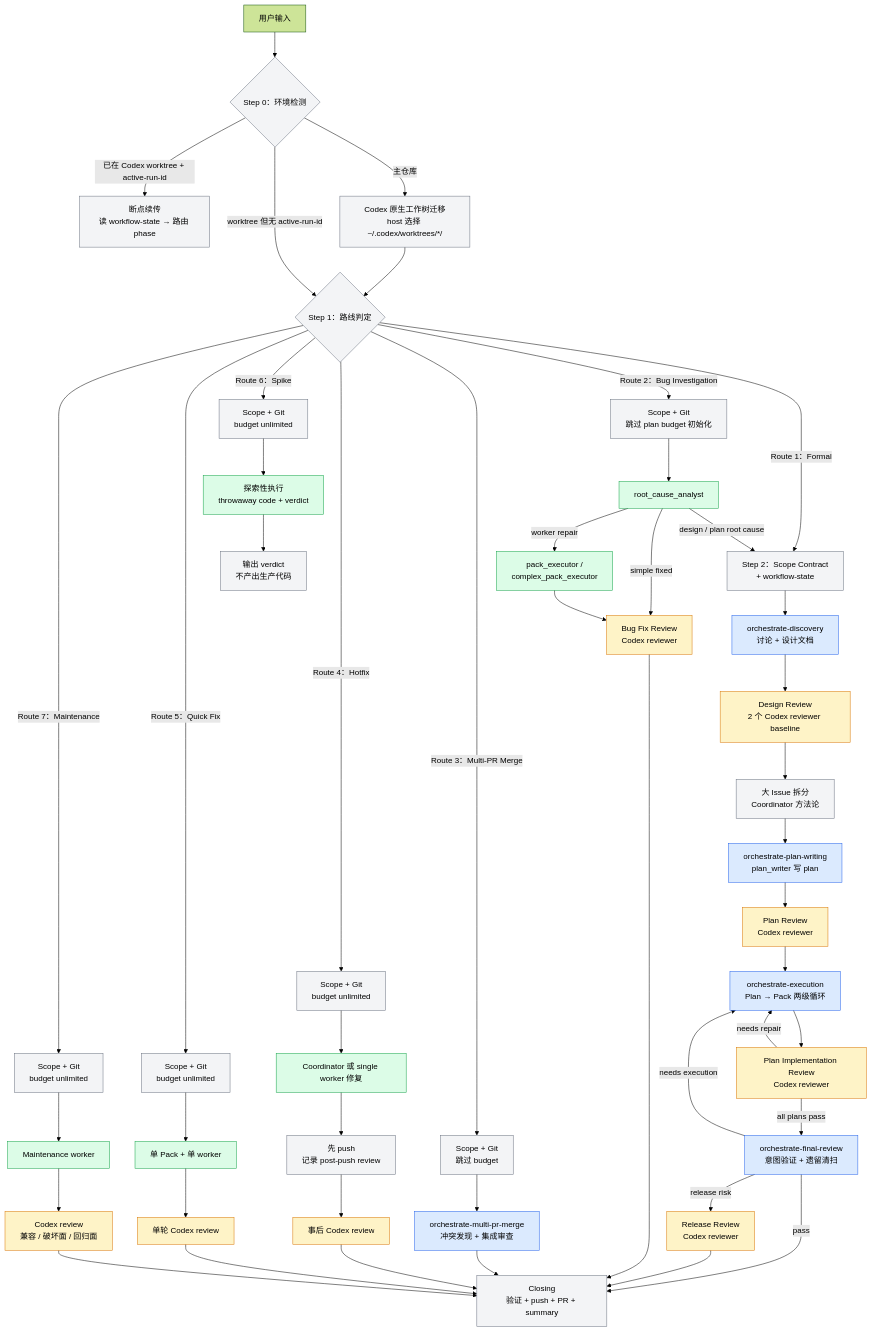
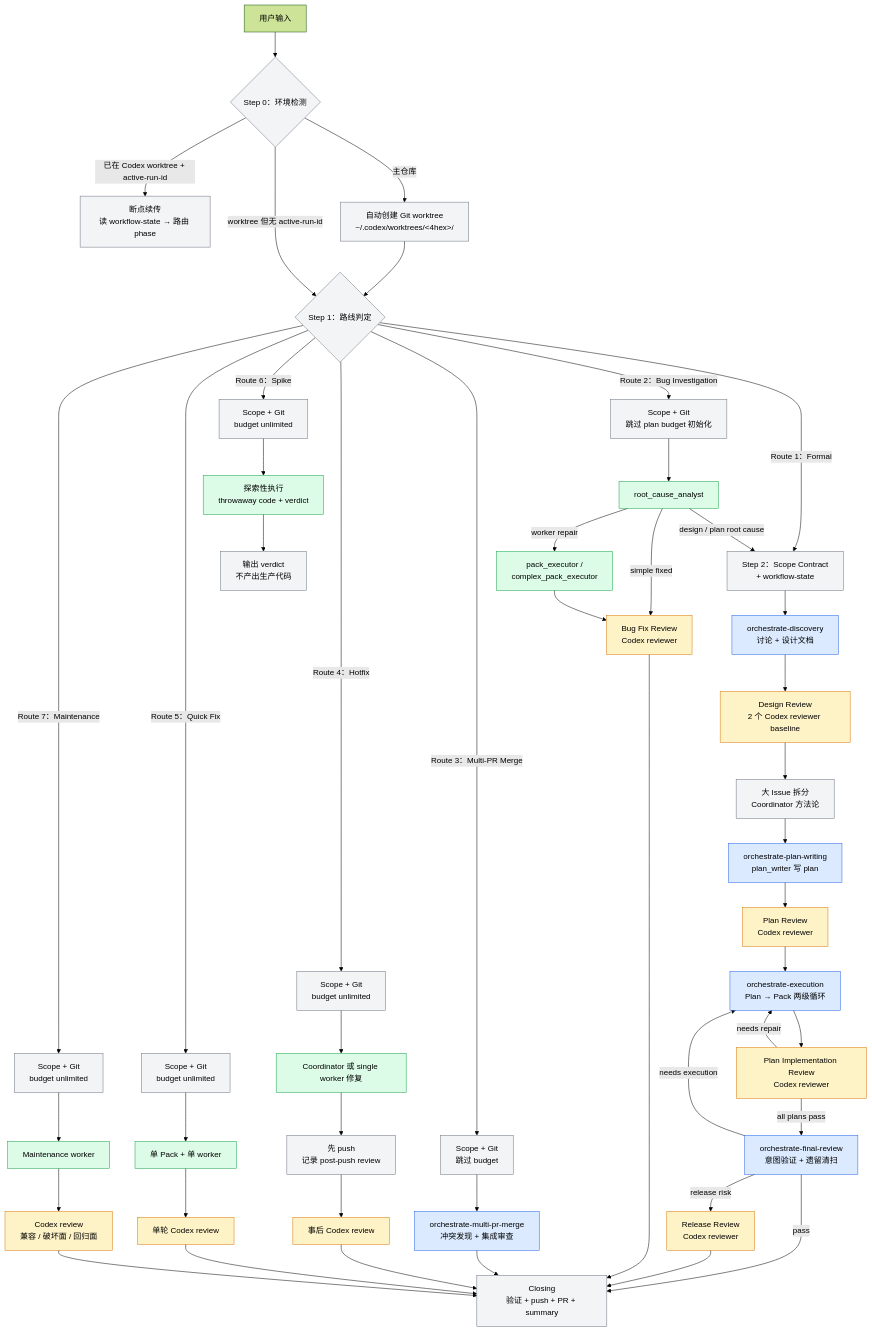
Before and after one commit to chancheuklap/multi-model-workflow: the first of 4 diagrams in codex-orchestrate/architecture-draft.md, drawn with Mermaid (forest theme). The commit also changed other lines of this file and 5 other files, not shown here.

Commit message:
fix(codex): make orchestrate worktree creation executable

````diff
--- a/codex-orchestrate/architecture-draft.md
+++ b/codex-orchestrate/architecture-draft.md
@@ -28,62 +28,62 @@
 ```mermaid
 flowchart TD
     classDef skill fill:#dbeafe,stroke:#2563eb
     classDef agent fill:#dcfce7,stroke:#16a34a
     classDef review fill:#fef3c7,stroke:#d97706
     classDef extSkill fill:#f3e8ff,stroke:#9333ea
     classDef coord fill:#f3f4f6,stroke:#6b7280
     classDef broken fill:#fee2e2,stroke:#dc2626,stroke-dasharray: 5 5
 
     A["用户输入"] --> ENV{"Step 0：环境检测"}:::coord
     ENV -->|"已在 Codex worktree + active-run-id"| RESUME["断点续传\n读 workflow-state → 路由 phase"]:::coord
-    ENV -->|"主仓库"| WT["Codex 原生工作树迁移\nhost 选择 ~/.codex/worktrees/*/<repo>"]:::coord
+    ENV -->|"主仓库"| WT["自动创建 Git worktree\n~/.codex/worktrees/<4hex>/<repo>"]:::coord
     WT --> B{"Step 1：路线判定"}:::coord
     ENV -->|"worktree 但无 active-run-id"| B
 
     B -->|"Route 1：Formal"| INFRA["Step 2：Scope Contract\n+ workflow-state"]:::coord
     INFRA --> DISC["orchestrate-discovery\n讨论 + 设计文档"]:::skill
     DISC --> DR["Design Review\n2 个 Codex reviewer baseline"]:::review
     DR --> ISSUE["大 Issue 拆分\nCoordinator 方法论"]:::coord
     ISSUE --> PLAN["orchestrate-plan-writing\nplan_writer 写 plan"]:::skill
     PLAN --> PR["Plan Review\nCodex reviewer"]:::review
     PR --> EXEC["orchestrate-execution\nPlan → Pack 两级循环"]:::skill
     EXEC --> PIR["Plan Implementation Review\nCodex reviewer"]:::review
     PIR -->|"needs repair"| EXEC
     PIR -->|"all plans pass"| FINAL["orchestrate-final-review\n意图验证 + 遗留清扫"]:::skill
     FINAL -->|"needs execution"| EXEC
     FINAL -->|"release risk"| REL["Release Review\nCodex reviewer"]:::review
     FINAL -->|"pass"| CLOSE["Closing\n验证 + push + PR + summary"]:::coord
     REL --> CLOSE
 
     B -->|"Route 2：Bug Investigation"| BUG_INFRA["Scope + Git\n跳过 plan budget 初始化"]:::coord
     BUG_INFRA --> RCA["root_cause_analyst"]:::agent
     RCA -->|"simple fixed"| BRV["Bug Fix Review\nCodex reviewer"]:::review
     RCA -->|"worker repair"| BWORK["pack_executor /\ncomplex_pack_executor"]:::agent
     BWORK --> BRV
     RCA -->|"design / plan root cause"| INFRA
     BRV --> CLOSE
 
     B -->|"Route 3：Multi-PR Merge"| MPR_INFRA["Scope + Git\n跳过 budget"]:::coord
     MPR_INFRA --> MPR["orchestrate-multi-pr-merge\n冲突发现 + 集成审查"]:::skill
     MPR --> CLOSE
 
     B -->|"Route 4：Hotfix"| HF_INFRA["Scope + Git\nbudget unlimited"]:::coord
     HF_INFRA --> HF_WORK["Coordinator 或 single worker 修复"]:::agent
     HF_WORK --> HF_PUSH["先 push\n记录 post-push review"]:::coord
     HF_PUSH --> HF_REVIEW["事后 Codex review"]:::review
     HF_REVIEW --> CLOSE
 
     B -->|"Route 5：Quick Fix"| QF_INFRA["Scope + Git\nbudget unlimited"]:::coord
     QF_INFRA --> QF_WORK["单 Pack + 单 worker"]:::agent
     QF_WORK --> QF_REVIEW["单轮 Codex review"]:::review
     QF_REVIEW --> CLOSE
 
     B -->|"Route 6：Spike"| SP_INFRA["Scope + Git\nbudget unlimited"]:::coord
     SP_INFRA --> SP_WORK["探索性执行\nthrowaway code + verdict"]:::agent
     SP_WORK --> SP_OUT["输出 verdict\n不产出生产代码"]:::coord
 
     B -->|"Route 7：Maintenance"| MT_INFRA["Scope + Git\nbudget unlimited"]:::coord
     MT_INFRA --> MT_WORK["Maintenance worker"]:::agent
     MT_WORK --> MT_REVIEW["Codex review\n兼容 / 破坏面 / 回归面"]:::review
     MT_REVIEW --> CLOSE
 ```
````
